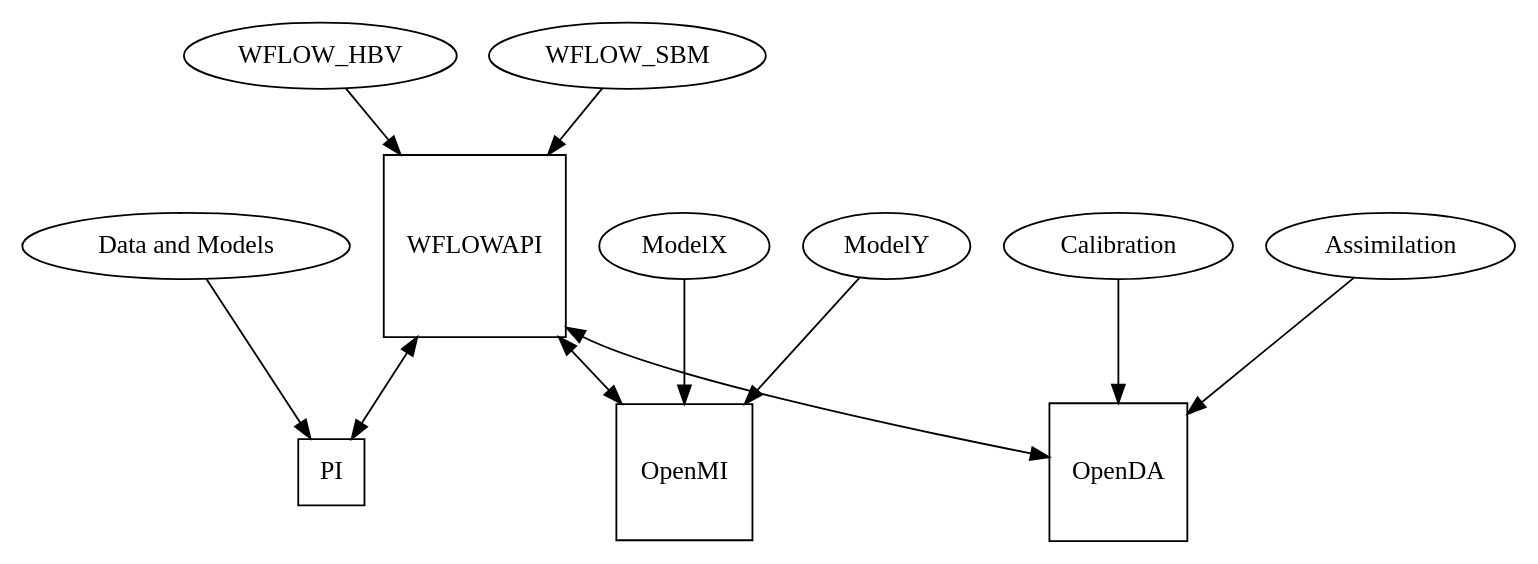
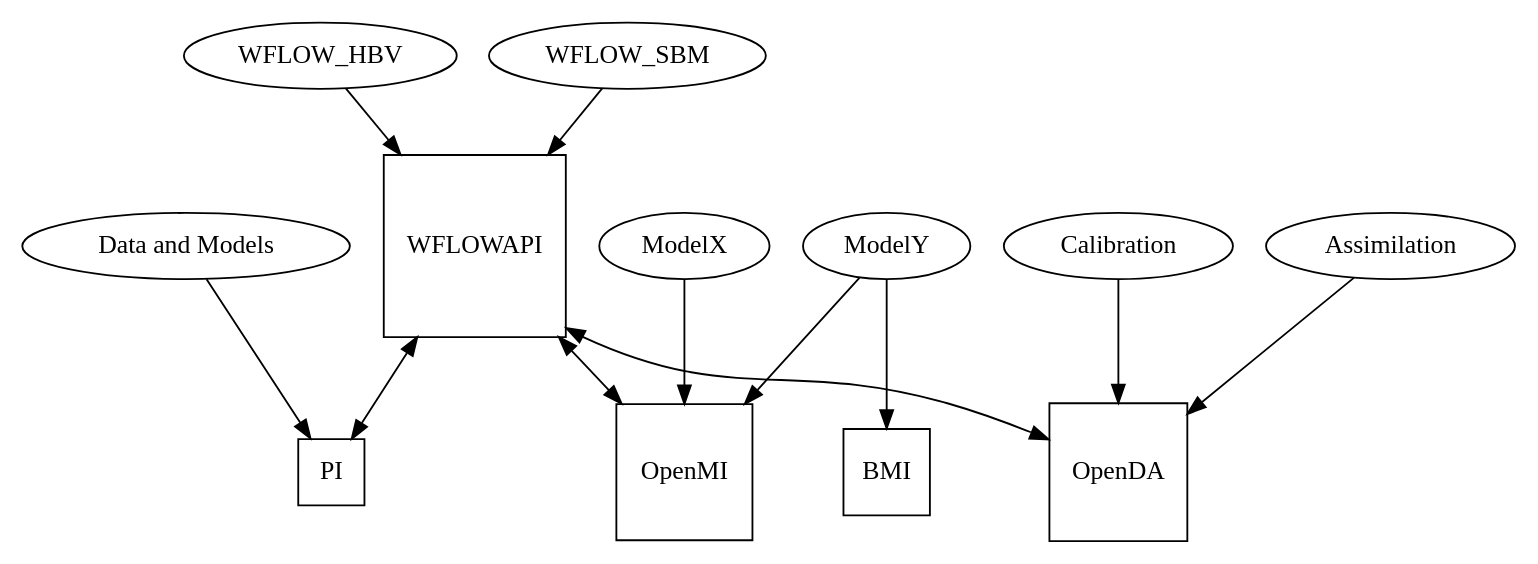
One commit to openstreams/wflow changed the diagram in trunk/doc/index.rst. Above: the diagram before and after it, drawn with Graphviz. The commit also changed other lines of this file and 2 other files, not shown here.

```diff
--- a/trunk/doc/index.rst
+++ b/trunk/doc/index.rst
@@ -47,17 +63,19 @@
 .. digraph:: Linking
 
     WFLOW_HBV -> WFLOWAPI;
     WFLOW_SBM -> WFLOWAPI;
     WFLOWAPI -> "PI"  [dir=both];
     "Data and Models" -> "PI";
     WFLOWAPI -> OpenMI  [dir=both];
     ModelX -> OpenMI;
     ModelY -> OpenMI;
+    ModelY -> BMI;
     WFLOWAPI -> OpenDA  [dir=both];
     Calibration -> OpenDA;
     Assimilation -> OpenDA;
     WFLOWAPI [shape=square];
     OpenDA [shape=square];
     OpenMI [shape=square];
+    BMI [shape=square];
     "PI" [shape=square];
     dpi=69;
```
